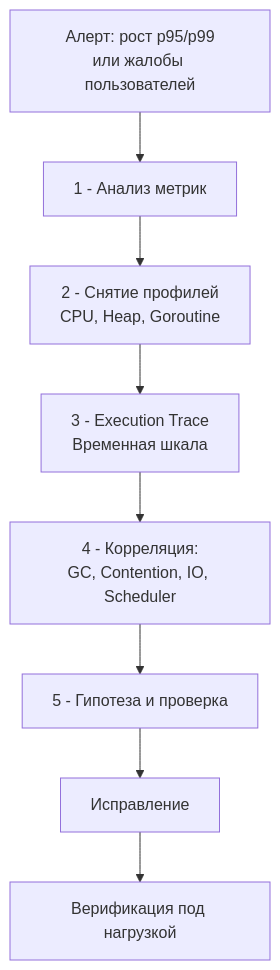
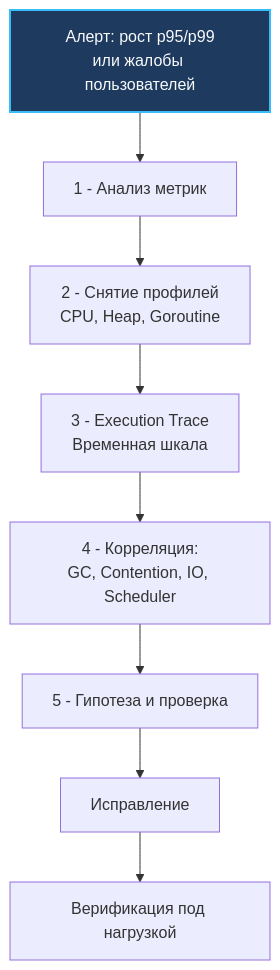
The diagram in sources/16. Профилирование, отладка и производительность/11. Debugging/7. Debugging latency проблем.md (UnrealTemplier/go-textbook), drawn with Mermaid before and after one commit. The commit also changed 1666 other files, not shown here.

First line of the commit message:
feat(mermaid): add semantic color classDef to 1369 colorless flowchart/graph diagrams

````diff
--- a/sources/16. Профилирование, отладка и производительность/11. Debugging/7. Debugging latency проблем.md
+++ b/sources/16. Профилирование, отладка и производительность/11. Debugging/7. Debugging latency проблем.md
@@ -41,10 +41,20 @@
 ```mermaid
 flowchart TD
-    Alert["Алерт: рост p95/p99<br>или жалобы пользователей"] --> Metrics["1 - Анализ метрик"]
+    classDef process  fill:#1e293b,stroke:#38bdf8,stroke-width:1px,color:#f8fafc
+    classDef success  fill:#064e3b,stroke:#34d399,stroke-width:1px,color:#f8fafc
+    classDef error    fill:#7f1d1d,stroke:#f87171,stroke-width:1px,color:#f8fafc
+    classDef warning  fill:#78350f,stroke:#fbbf24,stroke-width:1px,color:#f8fafc
+    classDef entry    fill:#1e3a5f,stroke:#38bdf8,stroke-width:2px,color:#f8fafc
+    classDef aux      fill:#334155,stroke:#64748b,stroke-width:1px,color:#f8fafc
+    classDef system   fill:#312e81,stroke:#a78bfa,stroke-width:1px,color:#f8fafc
+    classDef data     fill:#132d29,stroke:#2dd4bf,stroke-width:1px,color:#f8fafc
+    classDef network  fill:#881337,stroke:#fb7185,stroke-width:1px,color:#f8fafc
+    classDef accent   fill:#1e1b4b,stroke:#818cf8,stroke-width:1px,color:#f8fafc
+    Alert["Алерт: рост p95/p99<br>или жалобы пользователей"]:::entry --> Metrics["1 - Анализ метрик"]
     Metrics --> Profile["2 - Снятие профилей<br>CPU, Heap, Goroutine"]
     Profile --> Trace["3 - Execution Trace<br>Временная шкала"]
     Trace --> Correlate["4 - Корреляция:<br>GC, Contention, IO, Scheduler"]
     Correlate --> Hypothesis["5 - Гипотеза и проверка"]
     Hypothesis --> Fix["Исправление"]
     Fix --> Verify["Верификация под нагрузкой"]
 ```
````
